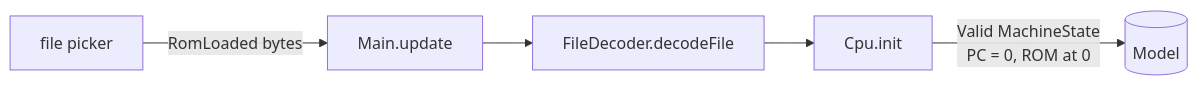
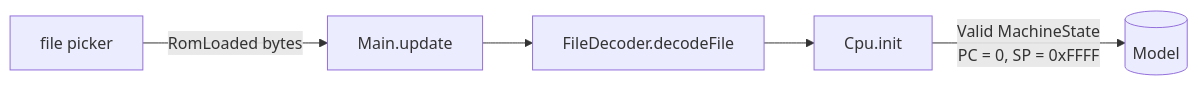
One commit to SamuelBucheliZ/elmulator changed the seventh of 11 diagrams in slides/slides.md. Above: the diagram before and after it, drawn with Mermaid. The commit also changed other lines of this file and 3 other files, not shown here.

First line of the commit message:
Slides: light theme, photo and diagrams, walk-through with code, reordered introductions

````diff
--- a/slides/slides.md
+++ b/slides/slides.md
@@ -629,7 +1017,8 @@
 ```mermaid
+%%{init: {'themeVariables': {'fontSize': '16px'}}}%%
 flowchart LR
     B[file picker] -->|RomLoaded bytes| U[Main.update]
     U --> D[FileDecoder.decodeFile]
     D --> I[Cpu.init]
-    I -->|Valid MachineState<br/>PC = 0, ROM at 0| M[(Model)]
+    I -->|Valid MachineState<br/>PC = 0, SP = 0xFFFF| M[(Model)]
 ```
````
